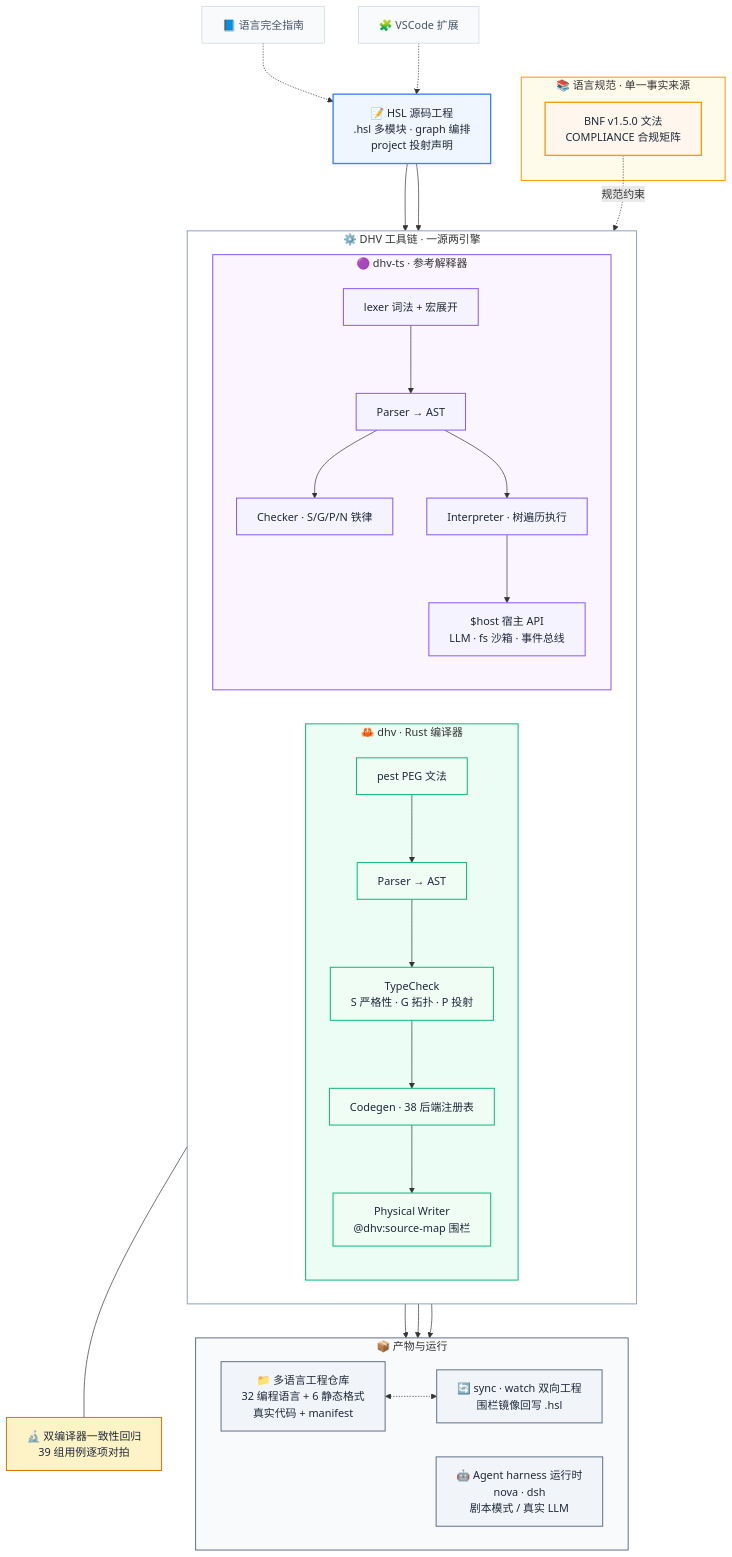
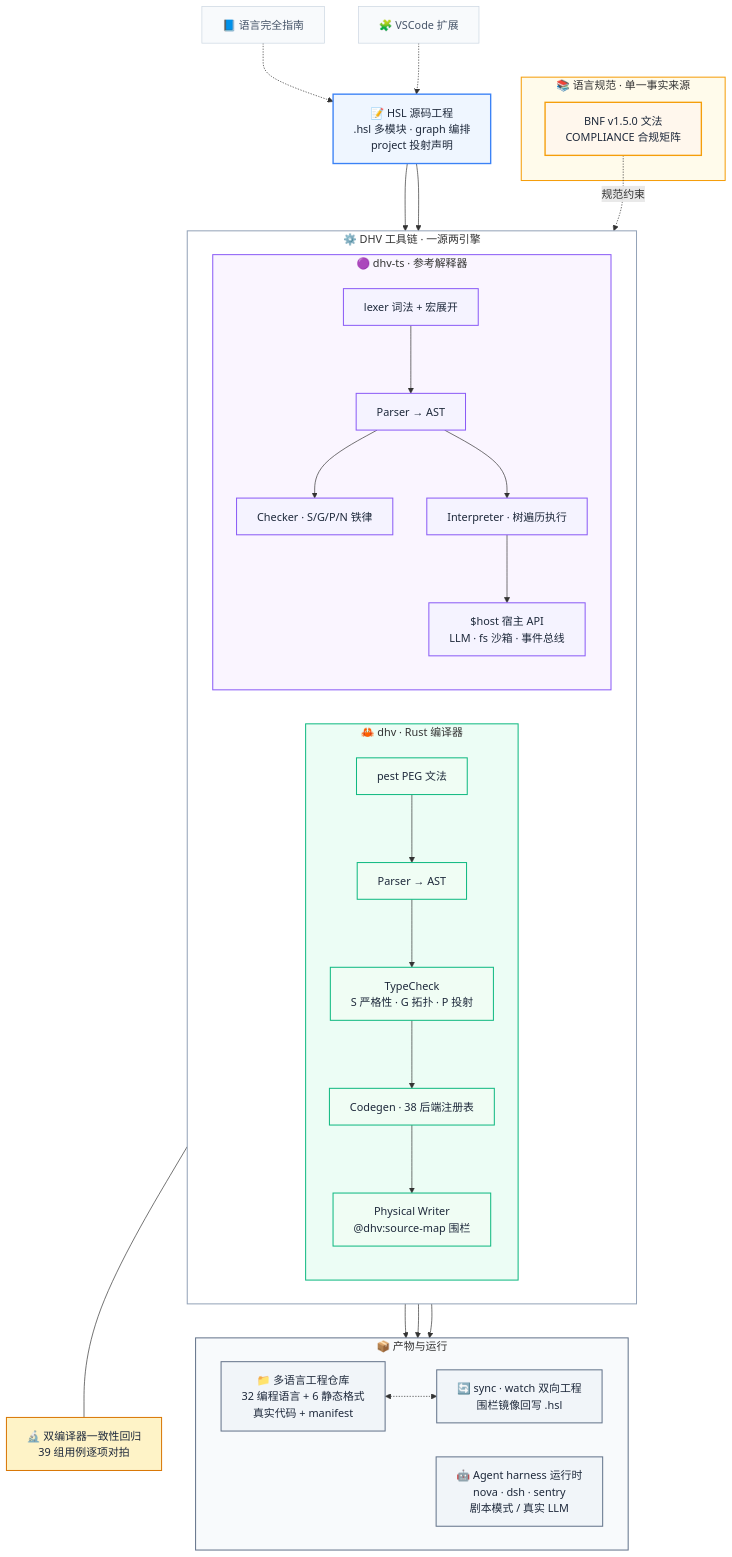
The diagram in README.md (myh2026/harness-specification-language), drawn with Mermaid before and after one commit. The commit also changed other lines of this file, not shown here.

Commit message:
docs(v0.2.72): README 回归矩阵补充 sentry（4 个项目）与运行时示例

```diff
--- a/README.md
+++ b/README.md
@@ -117,7 +117,7 @@
     subgraph OUT["📦 产物与运行"]
         direction LR
         REPO["📁 多语言工程仓库<br>32 编程语言 + 6 静态格式<br>真实代码 + manifest"]
-        RUN["🤖 Agent harness 运行时<br>nova · dsh<br>剧本模式 / 真实 LLM"]
+        RUN["🤖 Agent harness 运行时<br>nova · dsh · sentry<br>剧本模式 / 真实 LLM"]
         SYNC["🔄 sync · watch 双向工程<br>围栏镜像回写 .hsl"]
     end
 
```
